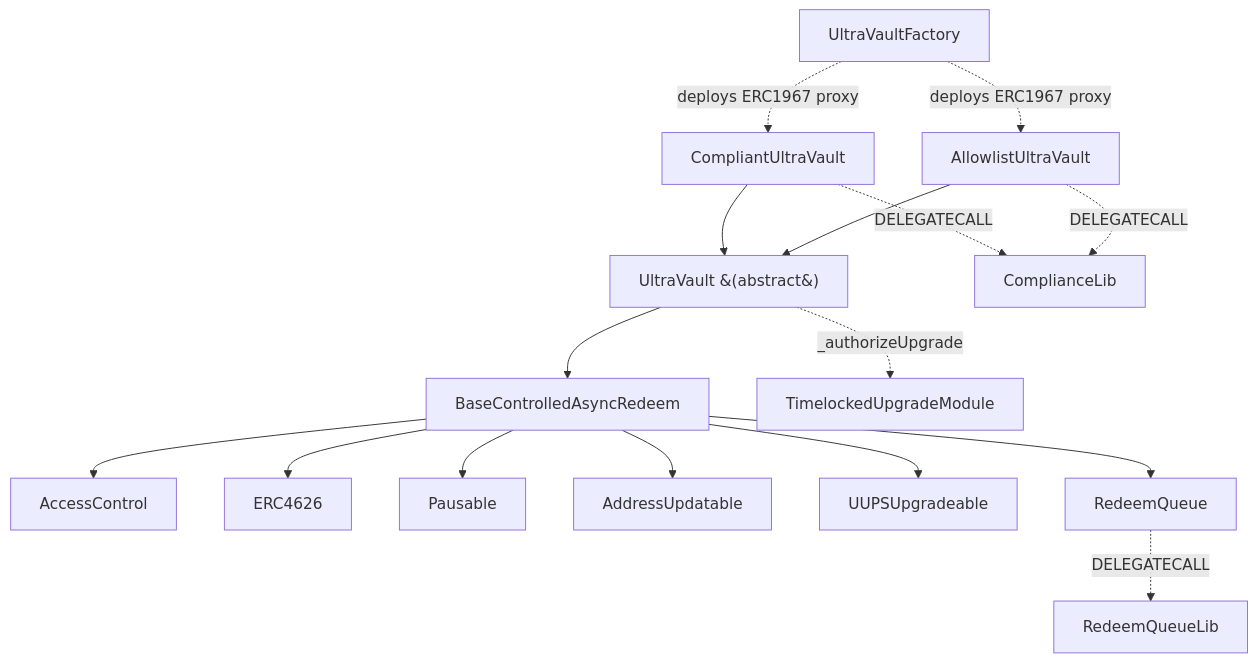
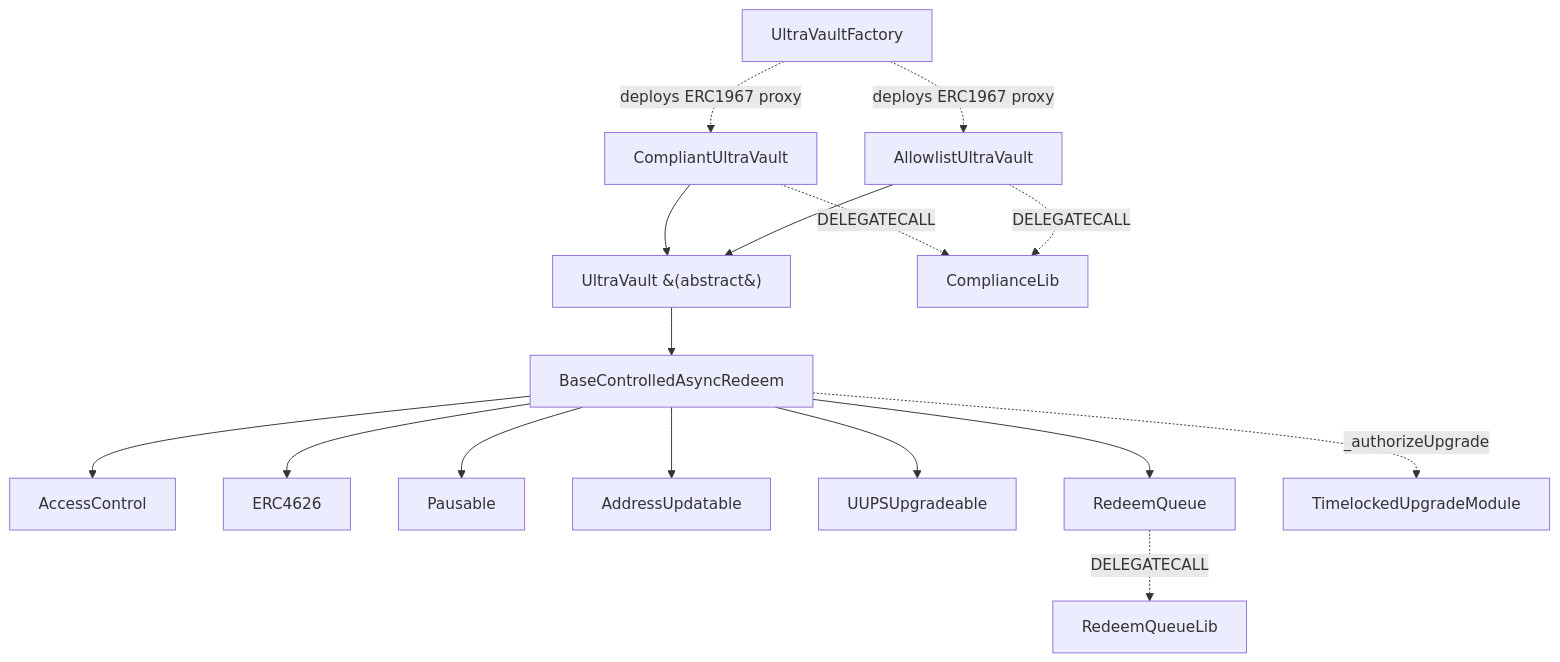
Before and after one commit to UltraYield/contracts: the diagram in docs/ARCHITECTURE.md, drawn with Mermaid. The commit also changed other lines of this file and 6 other files, not shown here.

````diff
--- a/docs/ARCHITECTURE.md
+++ b/docs/ARCHITECTURE.md
@@ -7,21 +7,21 @@
 ```mermaid
 flowchart TD
     CompliantUltraVault --> UltraVault
     AllowlistUltraVault --> UltraVault
     UltraVault[UltraVault &#40;abstract&#41;] --> BaseControlledAsyncRedeem
 
     BaseControlledAsyncRedeem --> AccessControl
     BaseControlledAsyncRedeem --> ERC4626
     BaseControlledAsyncRedeem --> Pausable
     BaseControlledAsyncRedeem --> AddressUpdatable
     BaseControlledAsyncRedeem --> UUPSUpgradeable
     BaseControlledAsyncRedeem --> RedeemQueue
 
     RedeemQueue -. DELEGATECALL .-> RedeemQueueLib
-    UltraVault -. _authorizeUpgrade .-> TimelockedUpgradeModule
+    BaseControlledAsyncRedeem -. _authorizeUpgrade .-> TimelockedUpgradeModule
     CompliantUltraVault -. DELEGATECALL .-> ComplianceLib
     AllowlistUltraVault -. DELEGATECALL .-> ComplianceLib
 
     UltraVaultFactory -. deploys ERC1967 proxy .-> CompliantUltraVault
     UltraVaultFactory -. deploys ERC1967 proxy .-> AllowlistUltraVault
 ```
````
